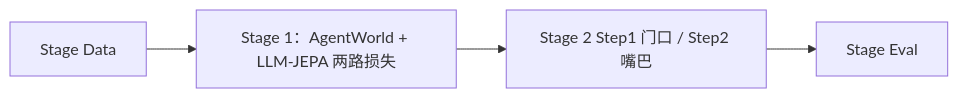
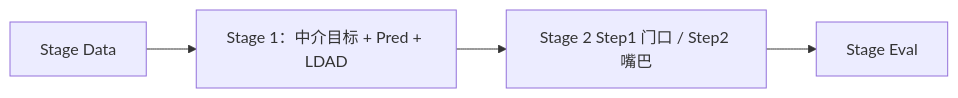
The second of 2 diagrams in AGENTS.md (MegaGimen/BIV), drawn with Mermaid before and after one commit. The commit also changed other lines of this file and 2 other files, not shown here.

First line of the commit message:
Make Stage 1 the mediated-target + LDAD recipe, not a next experiment.

````diff
--- a/AGENTS.md
+++ b/AGENTS.md
@@ -139,6 +139,6 @@
 ```mermaid
 flowchart LR
-    SD["Stage Data"] --> S1["Stage 1：AgentWorld + LLM-JEPA 两路损失"]
+    SD["Stage Data"] --> S1["Stage 1：中介目标 + Pred + LDAD"]
     S1 --> S2["Stage 2 Step1 门口 / Step2 嘴巴"]
     S2 --> EV["Stage Eval"]
 ```
````
